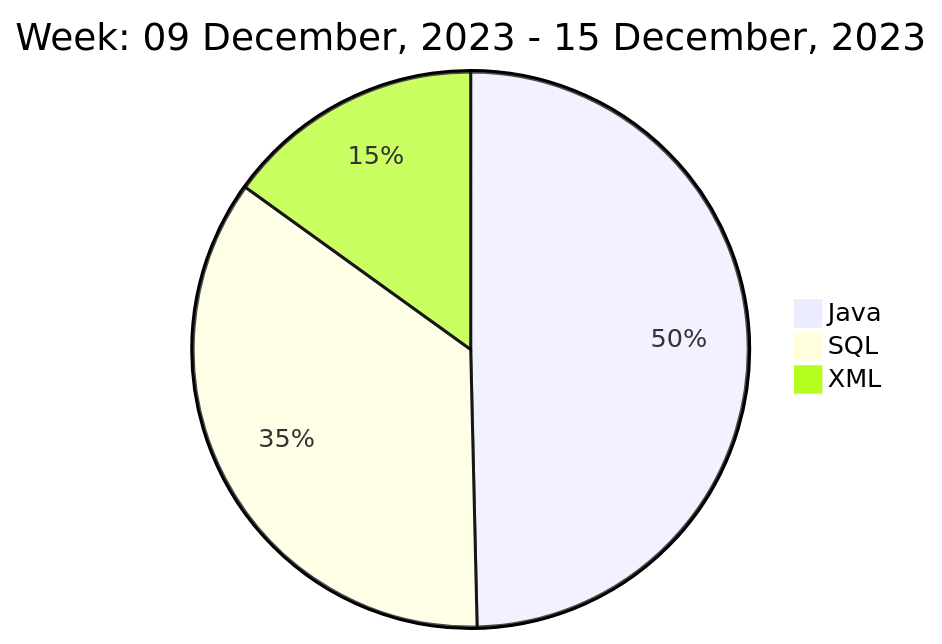
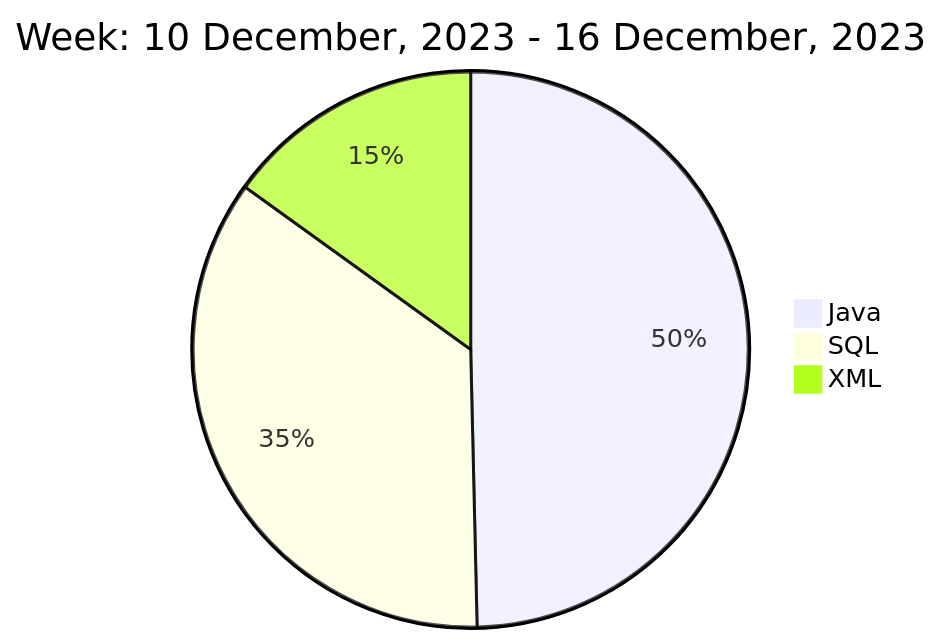
The diagram in README.md (liubin95/liubin95), drawn with Mermaid before and after one commit.

Commit message:
Updated the Graph with new Metrics

````diff
--- a/README.md
+++ b/README.md
@@ -37,7 +37,7 @@
 ```mermaid
  pie
-title Week: 09 December, 2023 - 15 December, 2023
+title Week: 10 December, 2023 - 16 December, 2023
  "Java" : 5.37
  "SQL" : 3.82
  "XML" : 1.63
 ```
````
